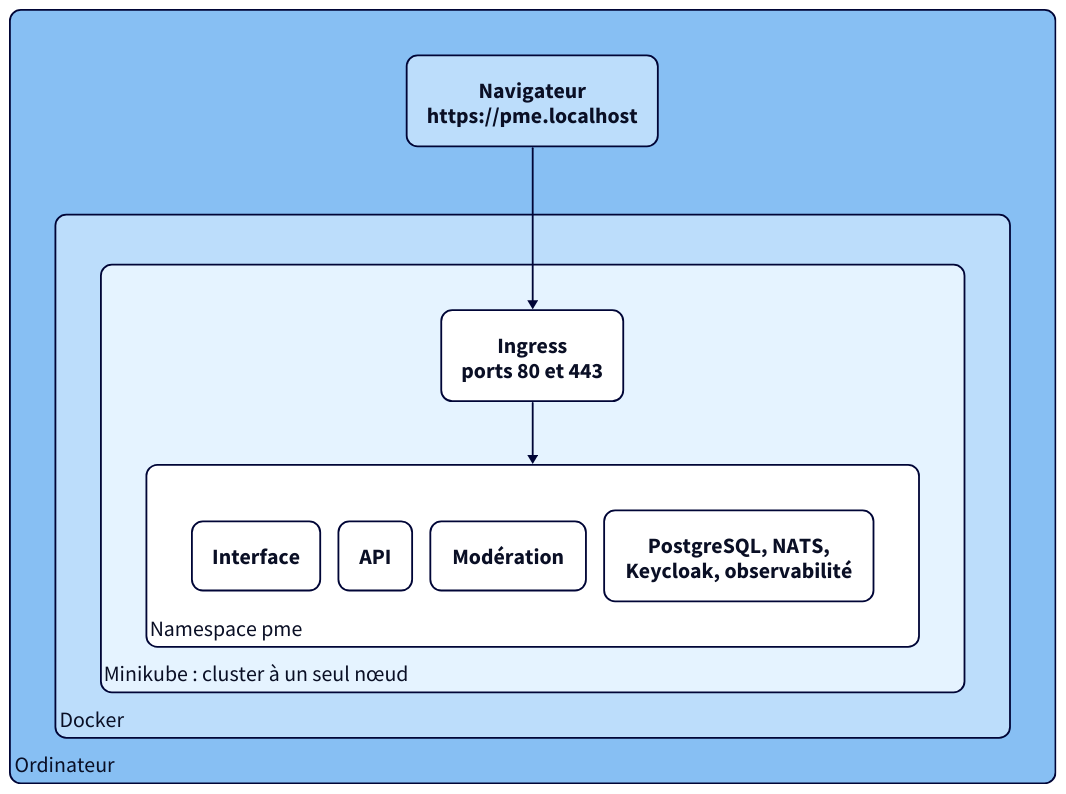
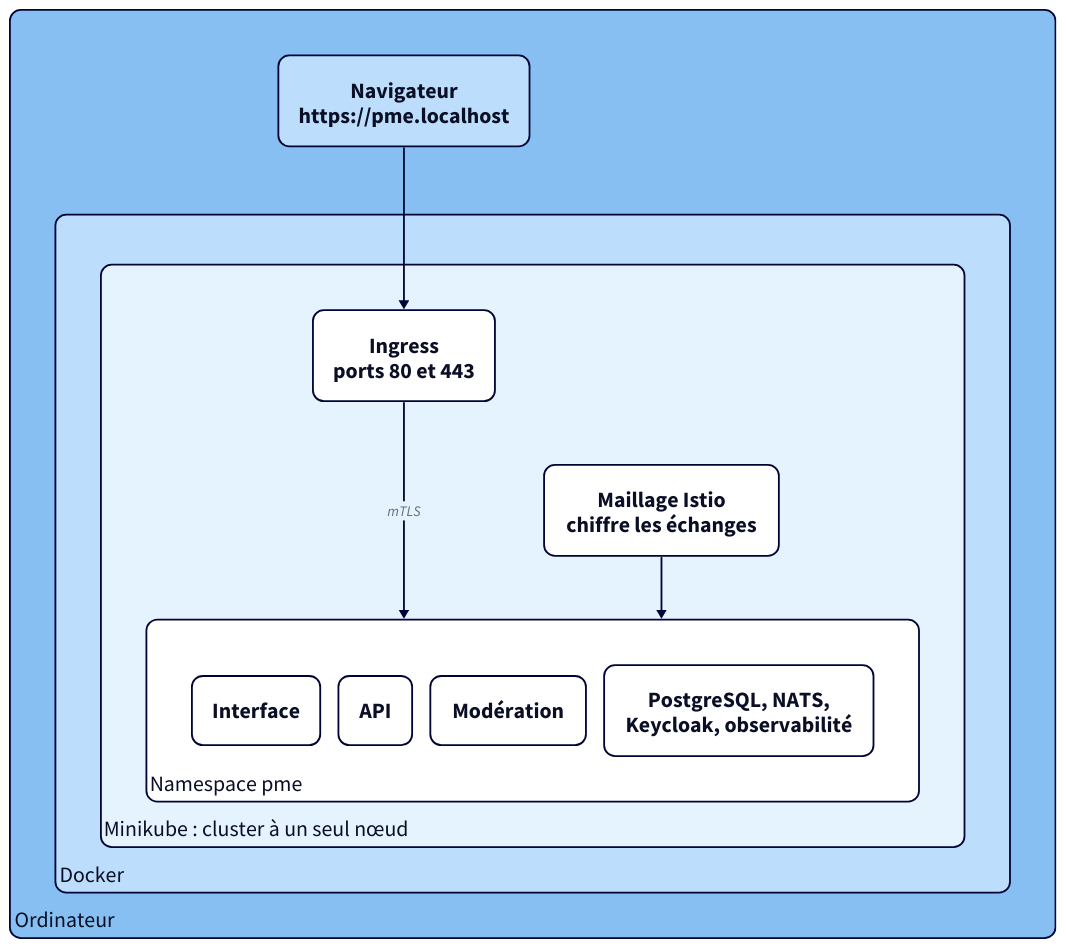
Before and after one commit to kitaah/pme: the diagram in docs/outils/minikube.md, drawn with D2. The commit also changed other lines of this file and 20 other files, not shown here.

````diff
--- a/docs/outils/minikube.md
+++ b/docs/outils/minikube.md
@@ -32,44 +32,46 @@
 ```d2
 vars: {
   d2-config: {
     layout-engine: elk
     theme-id: 5
     pad: 8
   }
 }
 direction: down
 
 # Mise en forme commune : texte lisible à la largeur de la page, angles arrondis
 classes: {
   boite: {
     style: {
       font-size: 24
       border-radius: 12
     }
   }
 }
 ordinateur: Ordinateur {
   label.near: bottom-left
   class: boite
   navigateur: "Navigateur\nhttps://pme.localhost" {class: boite}
   docker: Docker {
     label.near: bottom-left
     class: boite
     minikube: "Minikube : cluster à un seul nœud" {
       label.near: bottom-left
       class: boite
       ingress: "Ingress\nports 80 et 443" {class: boite}
+      istio: "Maillage Istio\nchiffre les échanges" {class: boite}
       pme: "Namespace pme" {
         label.near: bottom-left
         class: boite
         interface: Interface {class: boite}
         api: API {class: boite}
         moderation: Modération {class: boite}
         donnees: "PostgreSQL, NATS,\nKeycloak, observabilité" {class: boite}
       }
     }
   }
 }
 ordinateur.navigateur -> ordinateur.docker.minikube.ingress
-ordinateur.docker.minikube.ingress -> ordinateur.docker.minikube.pme
+ordinateur.docker.minikube.ingress -> ordinateur.docker.minikube.pme: "mTLS"
+ordinateur.docker.minikube.istio -> ordinateur.docker.minikube.pme
 ```
````
